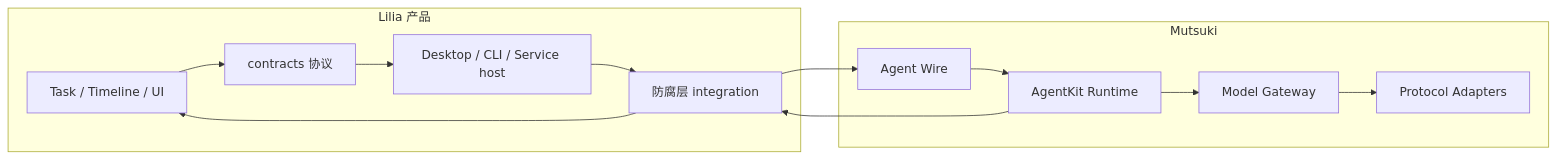
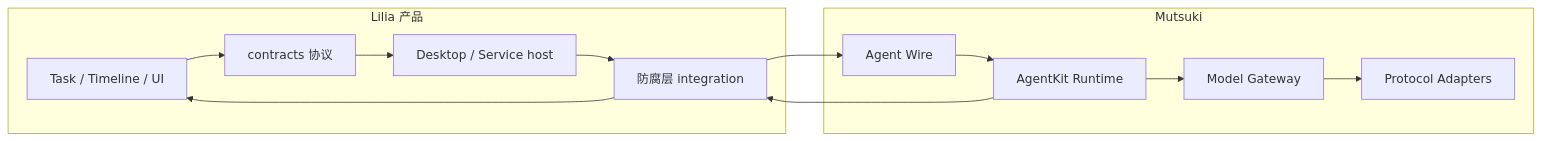
One commit to sena-nana/LiliaCode changed the second of 2 diagrams in docs/design/lilia-agent-interface.md. Above: the diagram before and after it, drawn with Mermaid. The commit also changed other lines of this file and 16 other files, not shown here.

````diff
--- a/docs/design/lilia-agent-interface.md
+++ b/docs/design/lilia-agent-interface.md
@@ -86,24 +86,24 @@
 ```mermaid
 flowchart LR
   subgraph product [Lilia 产品]
     TaskUI[Task / Timeline / UI]
     Contracts[contracts 协议]
-    Host[Desktop / CLI / Service host]
+    Host[Desktop / Service host]
     Anti[防腐层 integration]
   end
   subgraph mutsuki [Mutsuki]
     Wire[Agent Wire]
     Runtime[AgentKit Runtime]
     GW[Model Gateway]
     Adapters[Protocol Adapters]
   end
   TaskUI --> Contracts
   Contracts --> Host
   Host --> Anti
   Anti --> Wire
   Wire --> Runtime
   Runtime --> GW
   GW --> Adapters
   Runtime --> Anti
   Anti --> TaskUI
 ```
````
